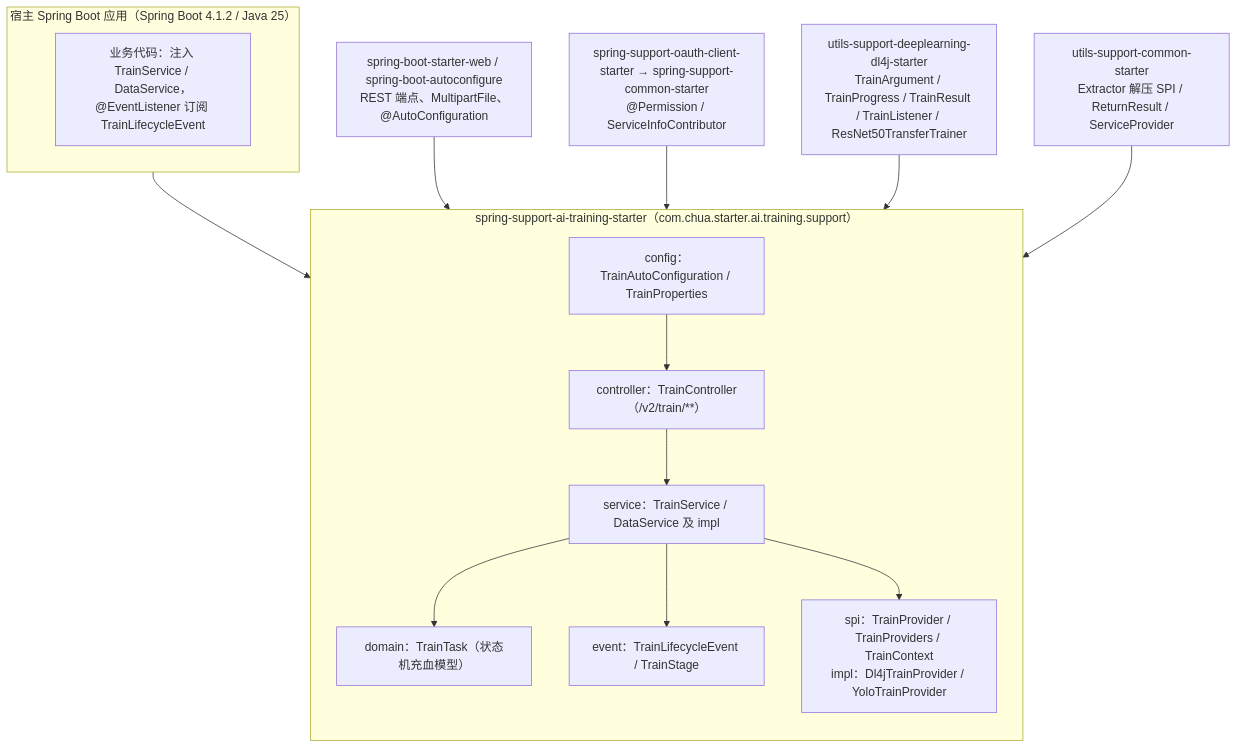
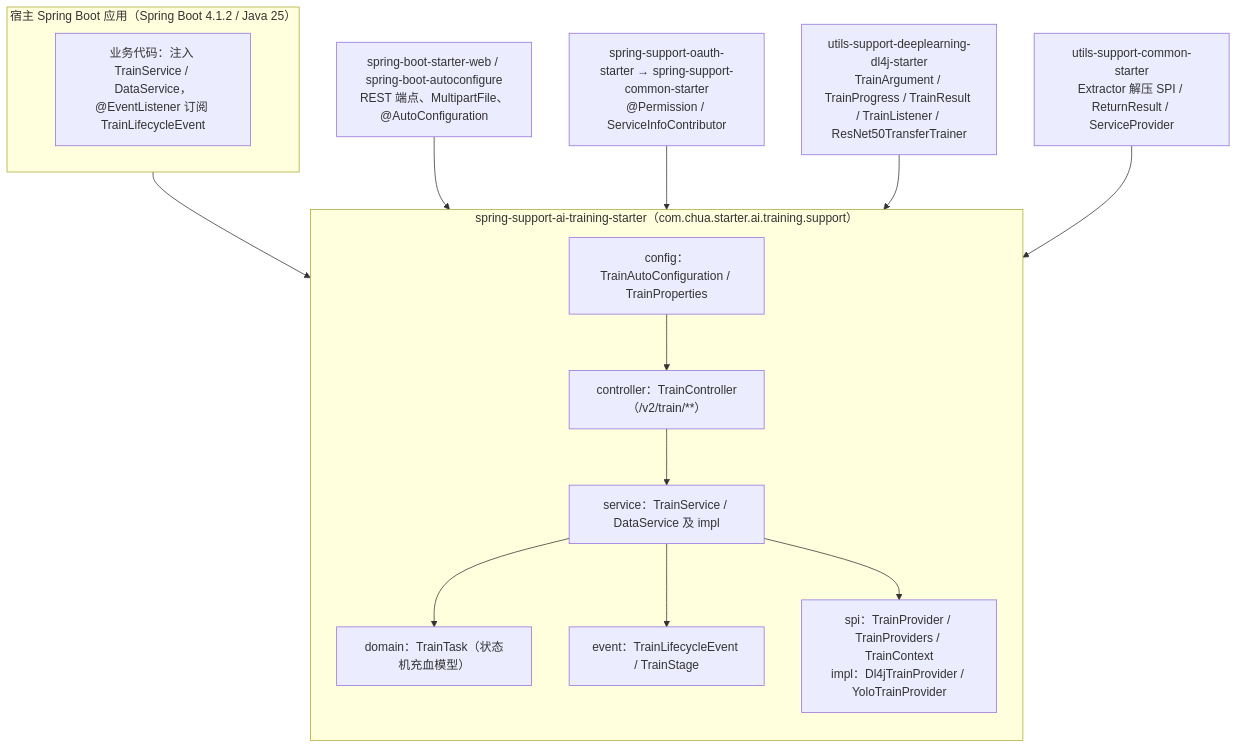
The first of 2 diagrams in spring-support-ai-training-starter/README.md (CHTK001/spring-support-parent-starter), drawn with Mermaid before and after one commit. The commit also changed other lines of this file and 246 other files, not shown here.

````diff
--- a/spring-support-ai-training-starter/README.md
+++ b/spring-support-ai-training-starter/README.md
@@ -8,29 +8,29 @@
 ```mermaid
 flowchart TB
     subgraph HOST["宿主 Spring Boot 应用（Spring Boot 4.1.2 / Java 25）"]
         APP["业务代码：注入 TrainService / DataService，@EventListener 订阅 TrainLifecycleEvent"]
     end
     subgraph MOD["spring-support-ai-training-starter（com.chua.starter.ai.training.support）"]
         direction TB
         CFG["config：TrainAutoConfiguration / TrainProperties"]
         CTL["controller：TrainController（/v2/train/**）"]
         SVC["service：TrainService / DataService 及 impl"]
         DOM["domain：TrainTask（状态机充血模型）"]
         EVT["event：TrainLifecycleEvent / TrainStage"]
         SPIX["spi：TrainProvider / TrainProviders / TrainContext<br/>impl：Dl4jTrainProvider / YoloTrainProvider"]
         CFG --> CTL --> SVC
         SVC --> DOM
         SVC --> EVT
         SVC --> SPIX
     end
 
     WEB["spring-boot-starter-web / spring-boot-autoconfigure<br/>REST 端点、MultipartFile、@AutoConfiguration"]
-    OAUTH["spring-support-oauth-client-starter → spring-support-common-starter<br/>@Permission / ServiceInfoContributor"]
+    OAUTH["spring-support-oauth-starter → spring-support-common-starter<br/>@Permission / ServiceInfoContributor"]
     DL4J["utils-support-deeplearning-dl4j-starter<br/>TrainArgument / TrainProgress / TrainResult / TrainListener / ResNet50TransferTrainer"]
     UCOMMON["utils-support-common-starter<br/>Extractor 解压 SPI / ReturnResult / ServiceProvider"]
     HOST --> MOD
     WEB --> MOD
     OAUTH --> MOD
     DL4J --> MOD
     UCOMMON --> MOD
 ```
````
